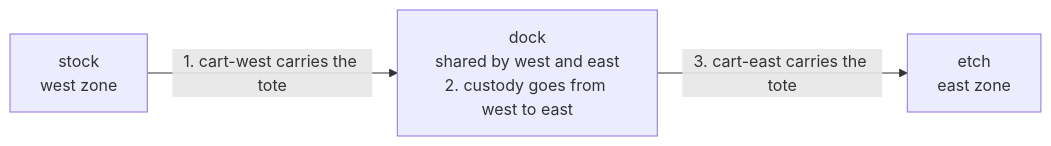
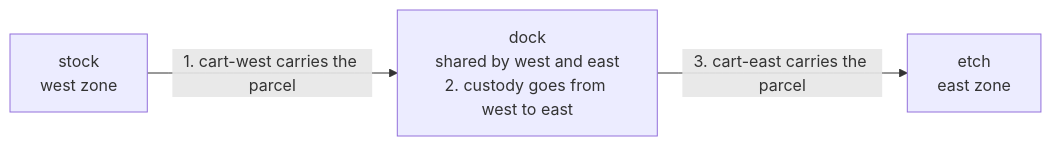
Before and after one commit to awslabs/cli-agent-orchestrator: the first of 3 diagrams in examples/robotics/cross-zone-transport/README.md, drawn with Mermaid. The commit also changed other lines of this file and 12 other files, not shown here.

````diff
--- a/examples/robotics/cross-zone-transport/README.md
+++ b/examples/robotics/cross-zone-transport/README.md
@@ -34,5 +45,5 @@
 ```mermaid
 flowchart LR
-    stock["stock<br/>west zone"] -->|"1. cart-west carries the tote"| dock["dock<br/>shared by west and east<br/>2. custody goes from west to east"]
-    dock -->|"3. cart-east carries the tote"| etch["etch<br/>east zone"]
+    stock["stock<br/>west zone"] -->|"1. cart-west carries the parcel"| dock["dock<br/>shared by west and east<br/>2. custody goes from west to east"]
+    dock -->|"3. cart-east carries the parcel"| etch["etch<br/>east zone"]
 ```
````
